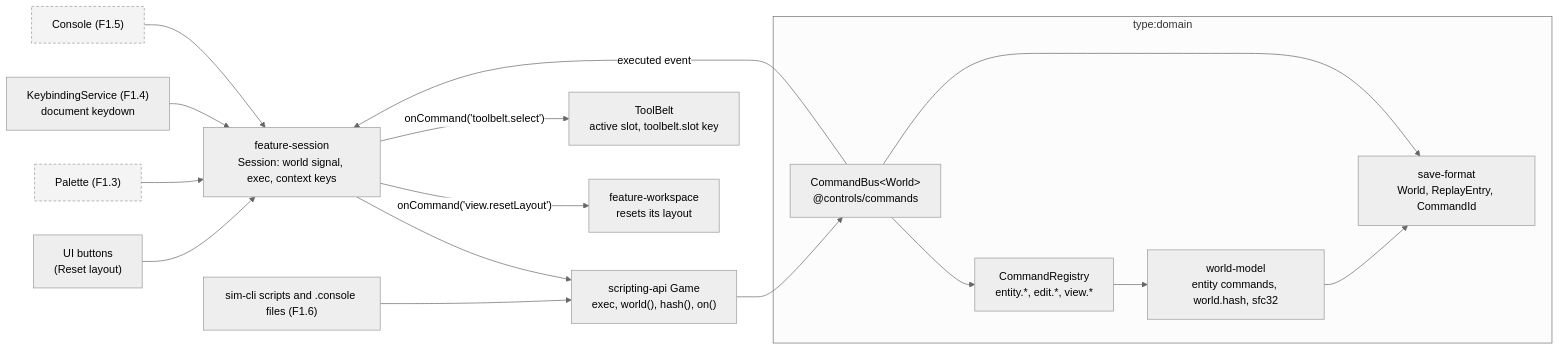
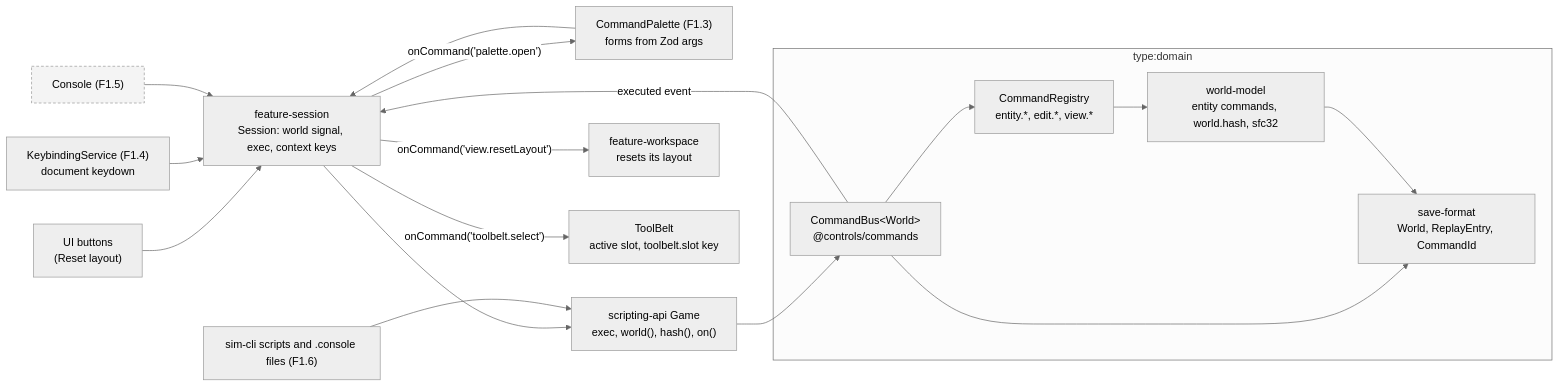
One commit to joebarbere/controls changed the first of 4 diagrams in docs/architecture/commands.md. Above: the diagram before and after it, drawn with Mermaid (neutral theme). The commit also changed other lines of this file and 56 other files, not shown here.

First line of the commit message:
feat(palette): F1.3 command palette with Zod-generated arg forms (#10)

````diff
--- a/docs/architecture/commands.md
+++ b/docs/architecture/commands.md
@@ -9,24 +9,25 @@
 ```mermaid
 flowchart LR
     classDef later fill:#f4f4f4,stroke:#999,stroke-dasharray: 4 3;
     BTN["UI buttons<br/>(Reset layout)"] --> SES
-    PAL["Palette (F1.3)"]:::later --> SES
+    PAL["CommandPalette (F1.3)<br/>forms from Zod args"] --> SES
     KEY["KeybindingService (F1.4)<br/>document keydown"] --> SES
     CON["Console (F1.5)"]:::later --> SES
     SES["feature-session<br/>Session: world signal, exec, context keys"] --> GAME
     SCR["sim-cli scripts and .console files (F1.6)"] --> GAME
     GAME["scripting-api Game<br/>exec, world(), hash(), on()"] --> BUS
     subgraph domain["type:domain"]
         BUS["CommandBus&lt;World&gt;<br/>@controls/commands"]
         REG["CommandRegistry<br/>entity.*, edit.*, view.*"]
         WM["world-model<br/>entity commands, world.hash, sfc32"]
         SF["save-format<br/>World, ReplayEntry, CommandId"]
         BUS --> REG
         REG --> WM
         BUS --> SF
         WM --> SF
     end
     BUS -->|"executed event"| SES
     SES -->|"onCommand('view.resetLayout')"| WS["feature-workspace<br/>resets its layout"]
     SES -->|"onCommand('toolbelt.select')"| TB["ToolBelt<br/>active slot, toolbelt.slot key"]
+    SES -->|"onCommand('palette.open')"| PAL
 ```
````
